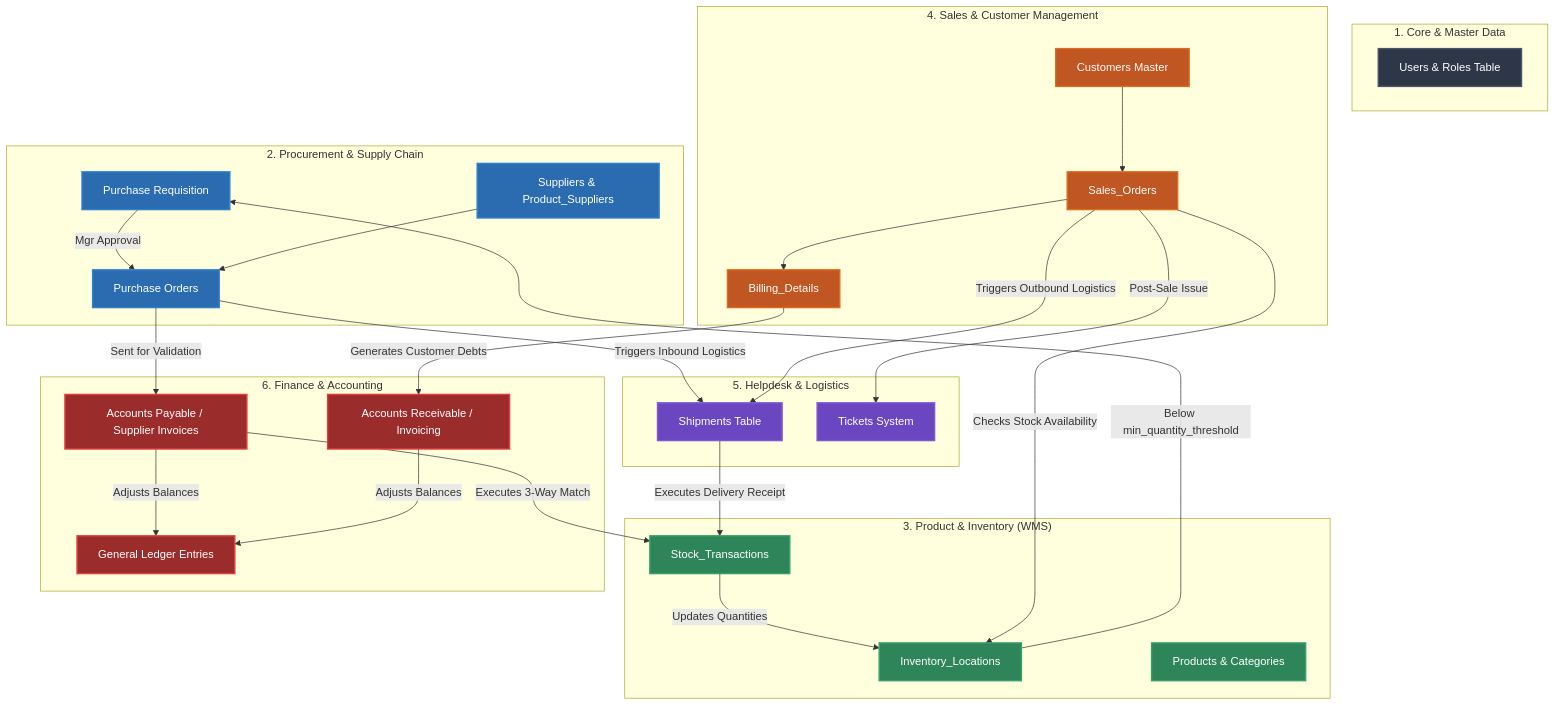
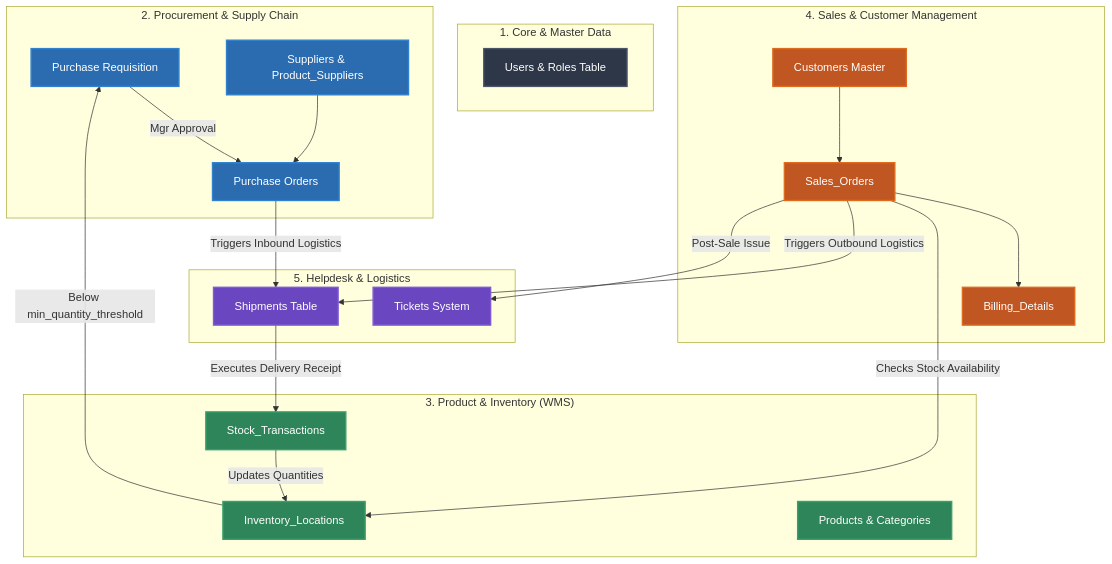
One commit to CardboardB0X/AmbatuGrow-RBAC changed the diagram in docs/blueprints/system_orchestration.md. Above: the diagram before and after it, drawn with Mermaid. The commit also changed other lines of this file and 7 other files, not shown here.

Commit message:
feat: remove Finance and Accounting module, database tables, and related security roles

````diff
--- a/docs/blueprints/system_orchestration.md
+++ b/docs/blueprints/system_orchestration.md
@@ -9,57 +9,45 @@
 ```mermaid
 flowchart TB
     %% Styling Definitions
     classDef core fill:#2d3748,stroke:#4a5568,stroke-width:2px,color:#fff;
     classDef proc fill:#2b6cb0,stroke:#3182ce,stroke-width:2px,color:#fff;
     classDef inv fill:#2f855a,stroke:#38a169,stroke-width:2px,color:#fff;
     classDef sales fill:#c05621,stroke:#dd6b20,stroke-width:2px,color:#fff;
-    classDef fin fill:#9b2c2c,stroke:#e53e3e,stroke-width:2px,color:#fff;
     classDef help fill:#6b46c1,stroke:#805ad5,stroke-width:2px,color:#fff;
 
     %% Modules as Subgraphs
     subgraph Core_Master ["1. Core & Master Data"]
         U[Users & Roles Table]:::core
     end
 
     subgraph Procurement_SCM ["2. Procurement & Supply Chain"]
         PR[Purchase Requisition]:::proc -->|Mgr Approval| PO[Purchase Orders]:::proc
         SUP[Suppliers & Product_Suppliers]:::proc --> PO
     end
 
     subgraph Inventory_WMS ["3. Product & Inventory (WMS)"]
         INV[Inventory_Locations]:::inv
         ST[Stock_Transactions]:::inv
         PROD[Products & Categories]:::inv
     end
 
     subgraph Sales_CRM ["4. Sales & Customer Management"]
         CUST[Customers Master]:::sales --> SO[Sales_Orders]:::sales
         SO --> BIL[Billing_Details]:::sales
     end
 
     subgraph Helpdesk_Logistics ["5. Helpdesk & Logistics"]
         SHIP[Shipments Table]:::help
         TICK[Tickets System]:::help
     end
 
-    subgraph Finance_Acct ["6. Finance & Accounting"]
-        GL[General Ledger Entries]:::fin
-        AP[Accounts Payable / Supplier Invoices]:::fin
-        AR[Accounts Receivable / Invoicing]:::fin
-    end
-
     %% Data Orchestration Connections
     INV -->|Below min_quantity_threshold| PR
     PO -->|Triggers Inbound Logistics| SHIP
     SHIP -->|Executes Delivery Receipt| ST
     ST -->|Updates Quantities| INV
-    PO -->|Sent for Validation| AP
-    AP -->|Executes 3-Way Match| ST
-    AP -->|Adjusts Balances| GL
 
     SO -->|Checks Stock Availability| INV
     SO -->|Triggers Outbound Logistics| SHIP
-    BIL -->|Generates Customer Debts| AR
-    AR -->|Adjusts Balances| GL
     SO -->|Post-Sale Issue| TICK
 ```
````
